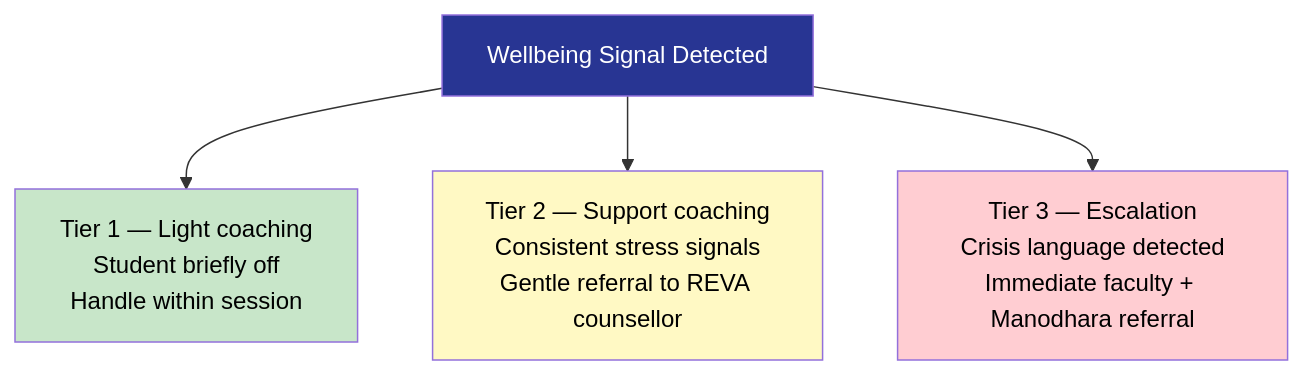
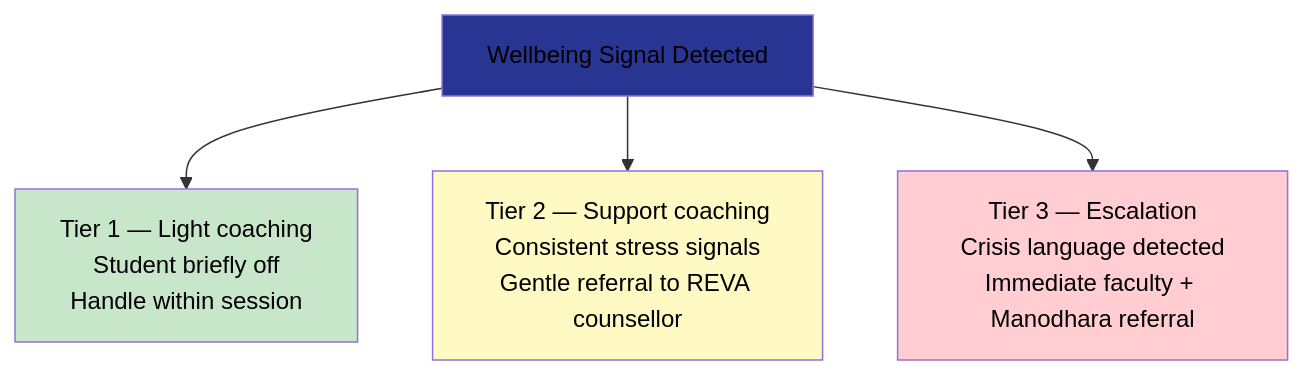
Before and after one commit to sanchitnis/SrujanaBuddy: diagram 12 of 15 in review/srujanabuddy-leadership-demo-v1.0.md, drawn with Mermaid. The commit also changed other lines of this file, not shown here.

````diff
--- a/review/srujanabuddy-leadership-demo-v1.0.md
+++ b/review/srujanabuddy-leadership-demo-v1.0.md
@@ -529,12 +529,12 @@
 ```mermaid
 flowchart TD
     CHECK["Wellbeing Signal Detected"]
     CHECK --> L1["Tier 1 — Light coaching\nStudent briefly off\nHandle within session"]
     CHECK --> L2["Tier 2 — Support coaching\nConsistent stress signals\nGentle referral to REVA counsellor"]
     CHECK --> L3["Tier 3 — Escalation\nCrisis language detected\nImmediate faculty + Manodhara referral"]
 
-    style CHECK fill:#283593,color:#fff
+    style CHECK fill:#283593,color:#000
     style L1 fill:#c8e6c9,color:#000
     style L2 fill:#fff9c4,color:#000
     style L3 fill:#ffcdd2,color:#000
 ```
````
